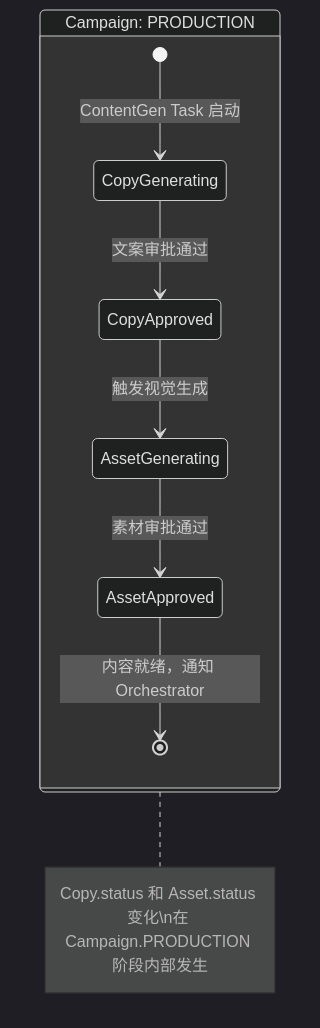
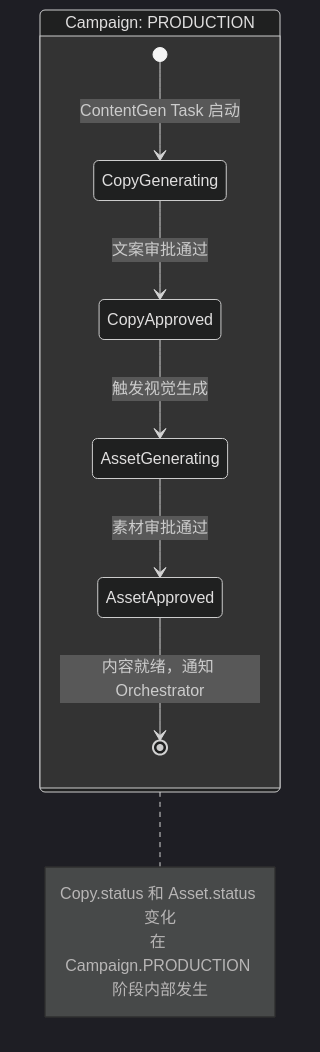
Before and after one commit to CadanHu/OpenAutoGrowth: the second of 3 diagrams in docs/architecture/08-entity-state-flow.md, drawn with Mermaid (dark theme). The commit also changed other lines of this file and 51 other files, not shown here.

````diff
--- a/docs/architecture/08-entity-state-flow.md
+++ b/docs/architecture/08-entity-state-flow.md
@@ -54,12 +54,15 @@
 ```mermaid
 stateDiagram-v2
     state "Campaign: PRODUCTION" as PROD {
         [*] --> CopyGenerating: ContentGen Task 启动
         CopyGenerating --> CopyApproved: 文案审批通过
         CopyApproved --> AssetGenerating: 触发视觉生成
         AssetGenerating --> AssetApproved: 素材审批通过
         AssetApproved --> [*]: 内容就绪，通知 Orchestrator
     }
 
-    note right of PROD: Copy.status 和 Asset.status 变化\n在 Campaign.PRODUCTION 阶段内部发生
+    note right of PROD
+        Copy.status 和 Asset.status 变化
+        在 Campaign.PRODUCTION 阶段内部发生
+    end note
 ```
````
